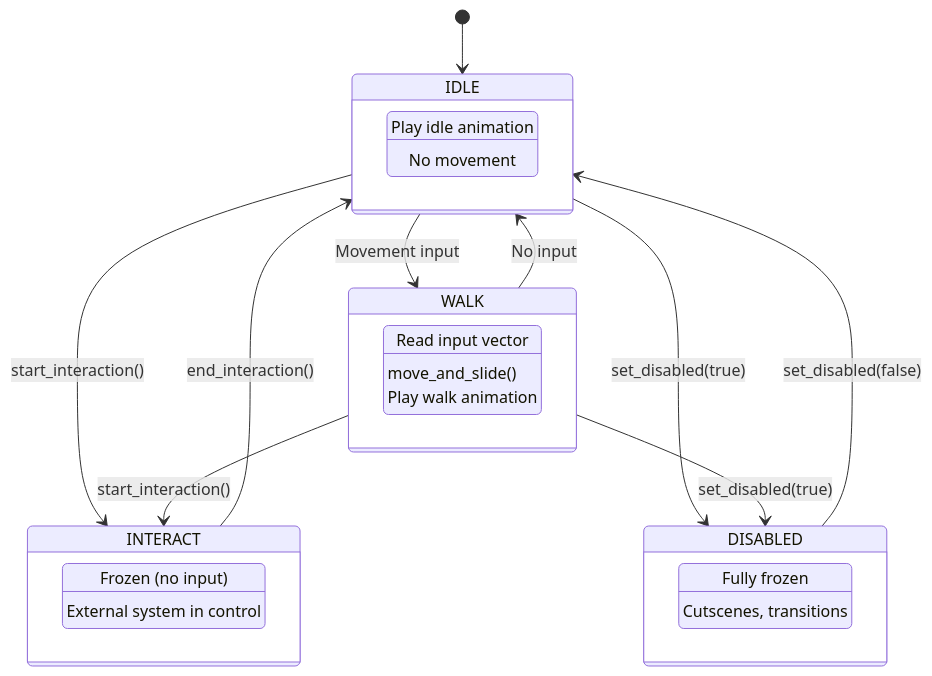
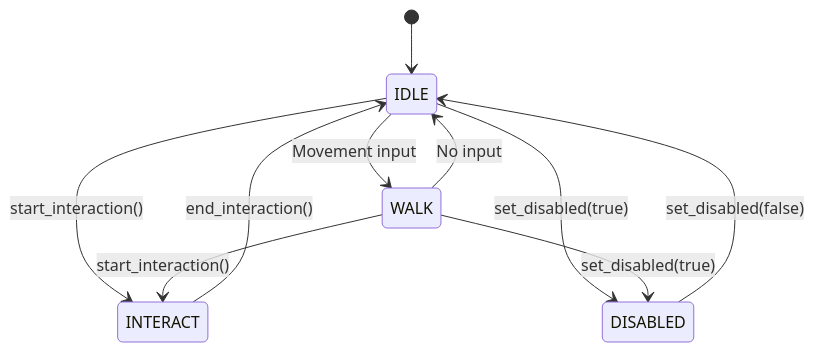
Before and after one commit to Jorge-D-Robles/gemini-fantasy: the tenth of 50 diagrams in tutorial/diagrams.md, drawn with Mermaid. The commit also changed other lines of this file and 24 other files, not shown here.

Commit message:
Refine tutorial Mermaid diagrams

````diff
--- a/tutorial/diagrams.md
+++ b/tutorial/diagrams.md
@@ -215,31 +227,13 @@
 ```mermaid
 stateDiagram-v2
     [*] --> IDLE
 
     IDLE --> WALK : Movement input
     WALK --> IDLE : No input
     IDLE --> INTERACT : start_interaction()
     WALK --> INTERACT : start_interaction()
     INTERACT --> IDLE : end_interaction()
     IDLE --> DISABLED : set_disabled(true)
     WALK --> DISABLED : set_disabled(true)
     DISABLED --> IDLE : set_disabled(false)
-
-    state IDLE {
-        [*] : Play idle animation
-        [*] : No movement
-    }
-    state WALK {
-        [*] : Read input vector
-        [*] : move_and_slide()
-        [*] : Play walk animation
-    }
-    state INTERACT {
-        [*] : Frozen (no input)
-        [*] : External system in control
-    }
-    state DISABLED {
-        [*] : Fully frozen
-        [*] : Cutscenes, transitions
-    }
 ```
````
